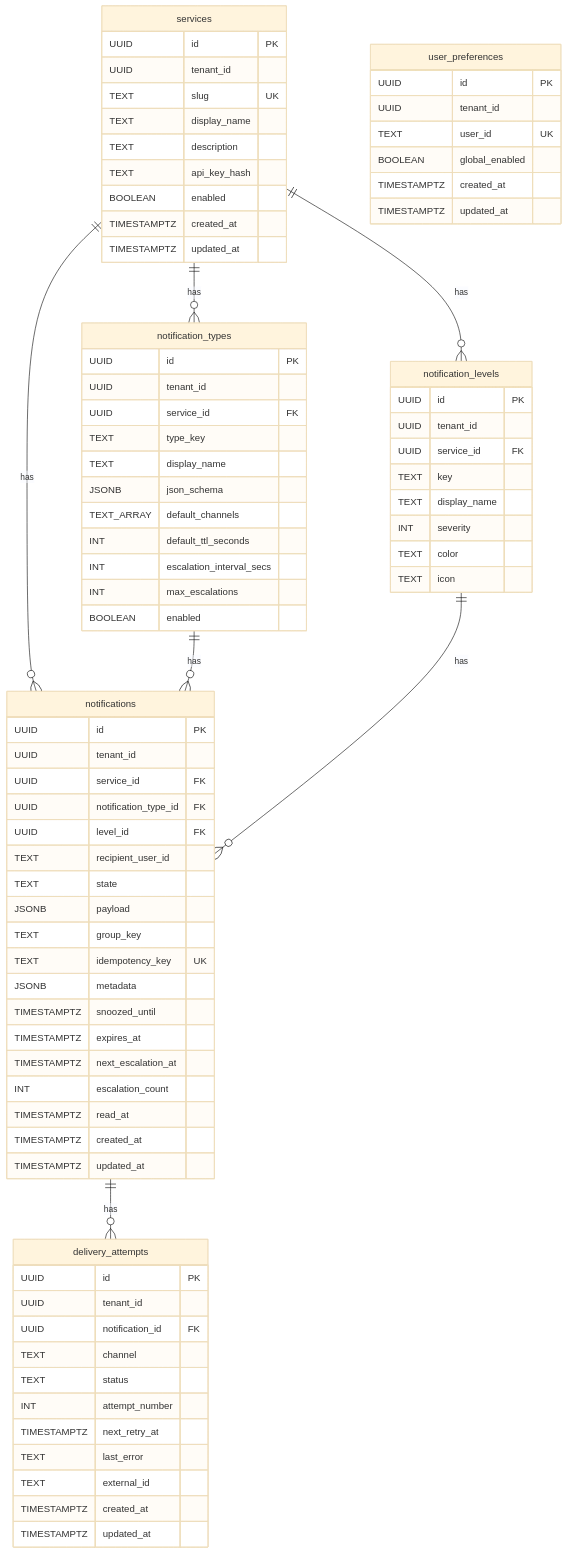
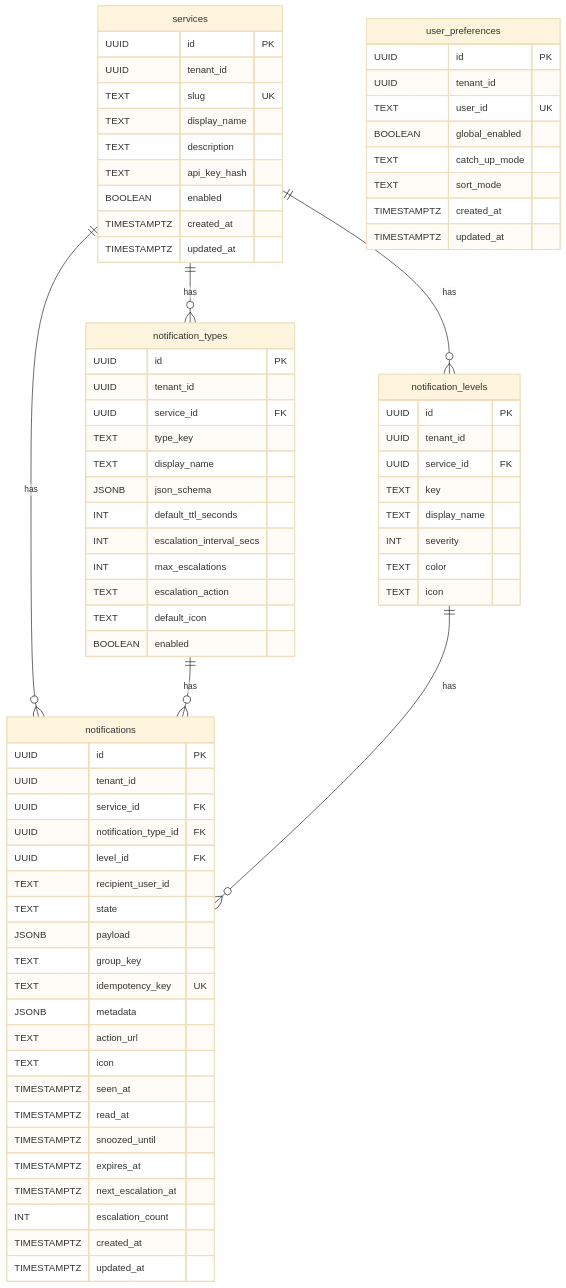
Before and after one commit to sunbeamdotpt/estafeta: the second of 2 diagrams in docs/architecture.md, drawn with Mermaid (base theme). The commit also changed other lines of this file and 20 other files, not shown here.

````diff
--- a/docs/architecture.md
+++ b/docs/architecture.md
@@ -126,10 +115,11 @@
         TEXT type_key
         TEXT display_name
         JSONB json_schema
-        TEXT_ARRAY default_channels
         INT default_ttl_seconds
         INT escalation_interval_secs
         INT max_escalations
+        TEXT escalation_action
+        TEXT default_icon
         BOOLEAN enabled
     }
 
@@ -156,25 +146,14 @@
         TEXT group_key
         TEXT idempotency_key UK
         JSONB metadata
+        TEXT action_url
+        TEXT icon
+        TIMESTAMPTZ seen_at
+        TIMESTAMPTZ read_at
         TIMESTAMPTZ snoozed_until
         TIMESTAMPTZ expires_at
         TIMESTAMPTZ next_escalation_at
         INT escalation_count
-        TIMESTAMPTZ read_at
-        TIMESTAMPTZ created_at
-        TIMESTAMPTZ updated_at
-    }
-
-    delivery_attempts {
-        UUID id PK
-        UUID tenant_id
-        UUID notification_id FK
-        TEXT channel
-        TEXT status
-        INT attempt_number
-        TIMESTAMPTZ next_retry_at
-        TEXT last_error
-        TEXT external_id
         TIMESTAMPTZ created_at
         TIMESTAMPTZ updated_at
     }
@@ -184,6 +163,8 @@
         UUID tenant_id
         TEXT user_id UK
         BOOLEAN global_enabled
+        TEXT catch_up_mode
+        TEXT sort_mode
         TIMESTAMPTZ created_at
         TIMESTAMPTZ updated_at
     }
@@ -193,5 +174,4 @@
     services ||--o{ notifications : has
     notification_types ||--o{ notifications : has
     notification_levels ||--o{ notifications : has
-    notifications ||--o{ delivery_attempts : has
 ```
````
